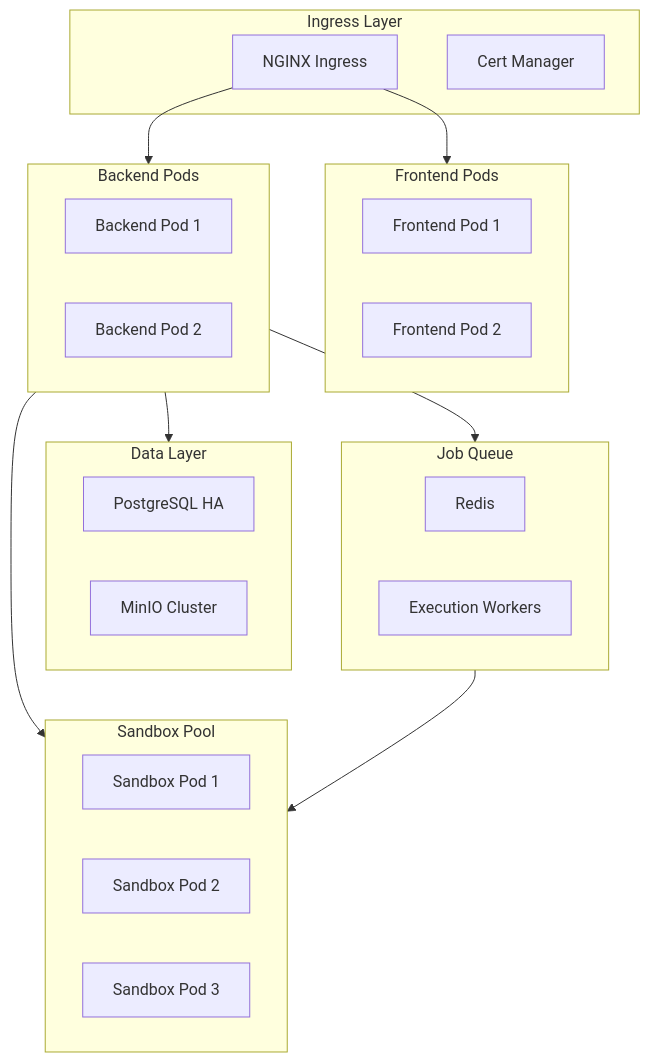
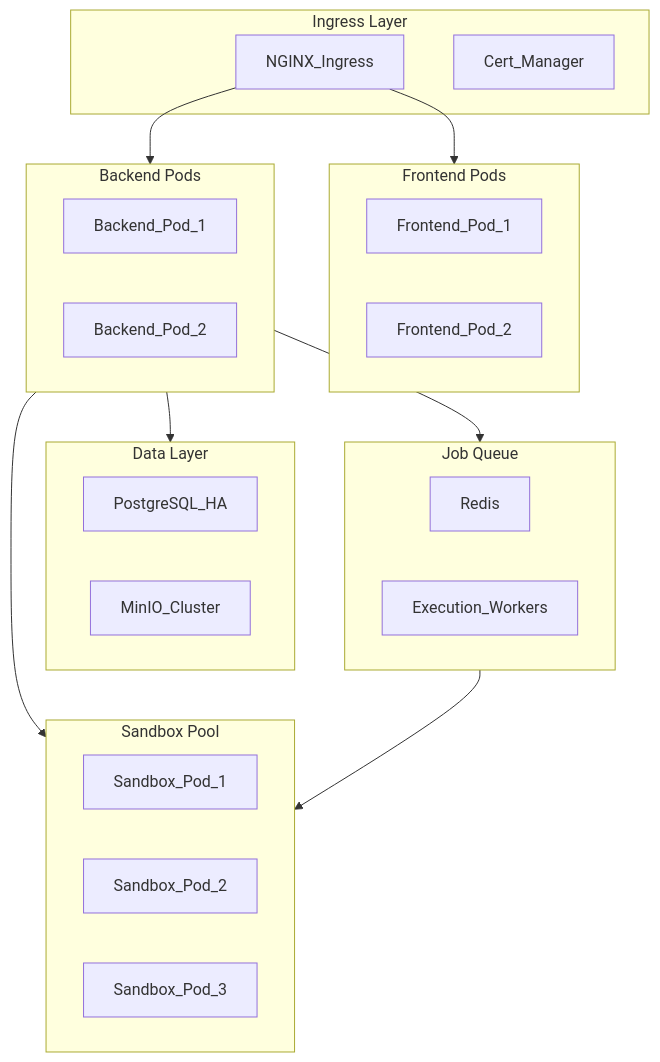
The seventh of 7 diagrams in plans/workerbee-architecture.md (robertrittmuller/workerbee), drawn with Mermaid before and after one commit. The commit also changed other lines of this file, not shown here.

````diff
--- a/plans/workerbee-architecture.md
+++ b/plans/workerbee-architecture.md
@@ -775,40 +775,40 @@
 ```mermaid
 flowchart TB
     subgraph Ingress [Ingress Layer]
-        ING[NGINX Ingress]
-        CERT[Cert Manager]
+        ING[NGINX_Ingress]
+        CERT[Cert_Manager]
     end
     
     subgraph Frontend [Frontend Pods]
-        FE1[Frontend Pod 1]
-        FE2[Frontend Pod 2]
+        FE1[Frontend_Pod_1]
+        FE2[Frontend_Pod_2]
     end
     
     subgraph Backend [Backend Pods]
-        BE1[Backend Pod 1]
-        BE2[Backend Pod 2]
+        BE1[Backend_Pod_1]
+        BE2[Backend_Pod_2]
     end
     
     subgraph Sandbox [Sandbox Pool]
-        SB1[Sandbox Pod 1]
-        SB2[Sandbox Pod 2]
-        SB3[Sandbox Pod 3]
+        SB1[Sandbox_Pod_1]
+        SB2[Sandbox_Pod_2]
+        SB3[Sandbox_Pod_3]
     end
     
     subgraph Data [Data Layer]
-        PG[PostgreSQL HA]
-        MINIO[MinIO Cluster]
+        PG[PostgreSQL_HA]
+        MINIO[MinIO_Cluster]
     end
     
     subgraph Queue [Job Queue]
         REDIS[Redis]
-        WORKER[Execution Workers]
+        WORKER[Execution_Workers]
     end
     
     ING --> Frontend
     ING --> Backend
     Backend --> Sandbox
     Backend --> Data
     Backend --> Queue
     Queue --> Sandbox
 ```
````
